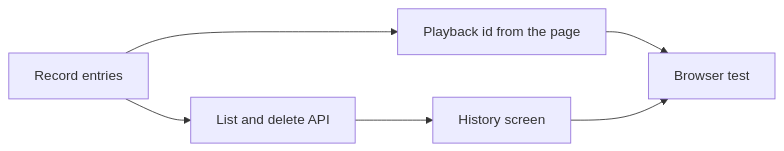
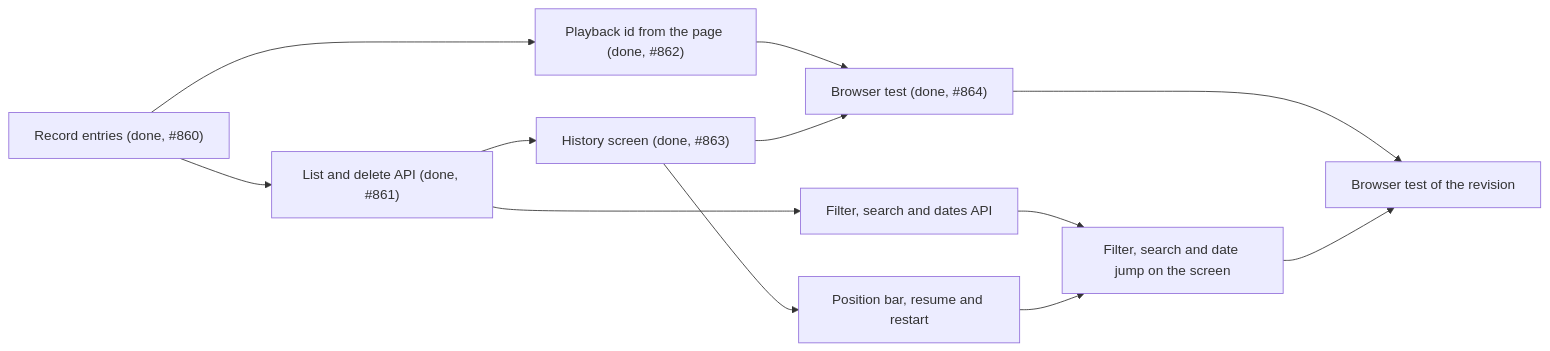
Before and after one commit to syudead/vv: the third of 3 diagrams in specs/043-watch-history/plan.md, drawn with Mermaid. The commit also changed other lines of this file and 4 other files, not shown here.

First line of the commit message:
Revise the watch history Plan for the filter, search, date jump and resume actions (#792)

````diff
--- a/specs/043-watch-history/plan.md
+++ b/specs/043-watch-history/plan.md
@@ -135,8 +177,14 @@
 ```mermaid
 flowchart LR
-  record[Record entries] --> api[List and delete API]
-  record --> client[Playback id from the page]
-  api --> screen[History screen]
-  client --> e2e[Browser test]
+  record["Record entries (done, #860)"] --> api["List and delete API (done, #861)"]
+  record --> client["Playback id from the page (done, #862)"]
+  api --> screen["History screen (done, #863)"]
+  client --> e2e["Browser test (done, #864)"]
   screen --> e2e
+  api --> conditions[Filter, search and dates API]
+  screen --> position[Position bar, resume and restart]
+  conditions --> controls[Filter, search and date jump on the screen]
+  position --> controls
+  e2e --> e2e2[Browser test of the revision]
+  controls --> e2e2
 ```
````
